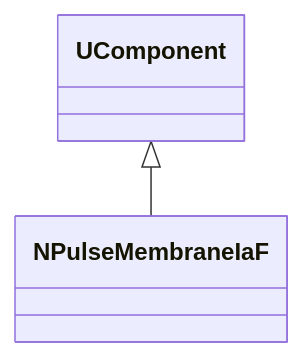
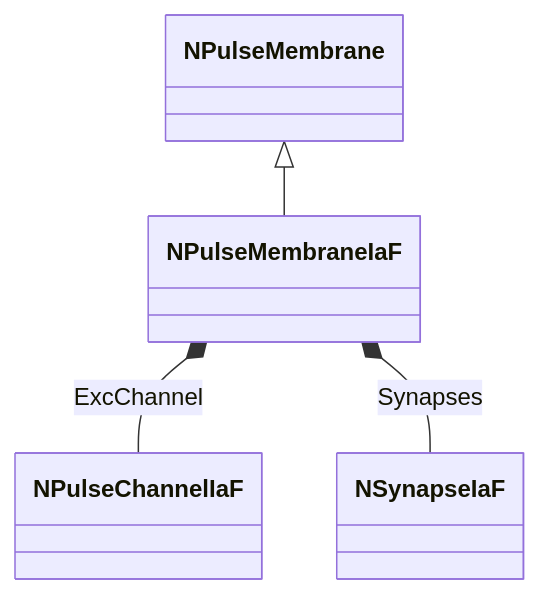
Before and after one commit to aicommunity/Nmsdk-PulseLib: the sixth of 10 diagrams in Docs/Components/NPulseMembraneIaF.md, drawn with Mermaid. The commit also changed other lines of this file and 196 other files, not shown here.

````diff
--- a/Docs/Components/NPulseMembraneIaF.md
+++ b/Docs/Components/NPulseMembraneIaF.md
@@ -69,4 +295,6 @@
 ```mermaid
 classDiagram
-    UComponent <|-- NPulseMembraneIaF
+    NPulseMembrane <|-- NPulseMembraneIaF
+    NPulseMembraneIaF *-- NPulseChannelIaF : ExcChannel
+    NPulseMembraneIaF *-- NSynapseIaF : Synapses
 ```
````
